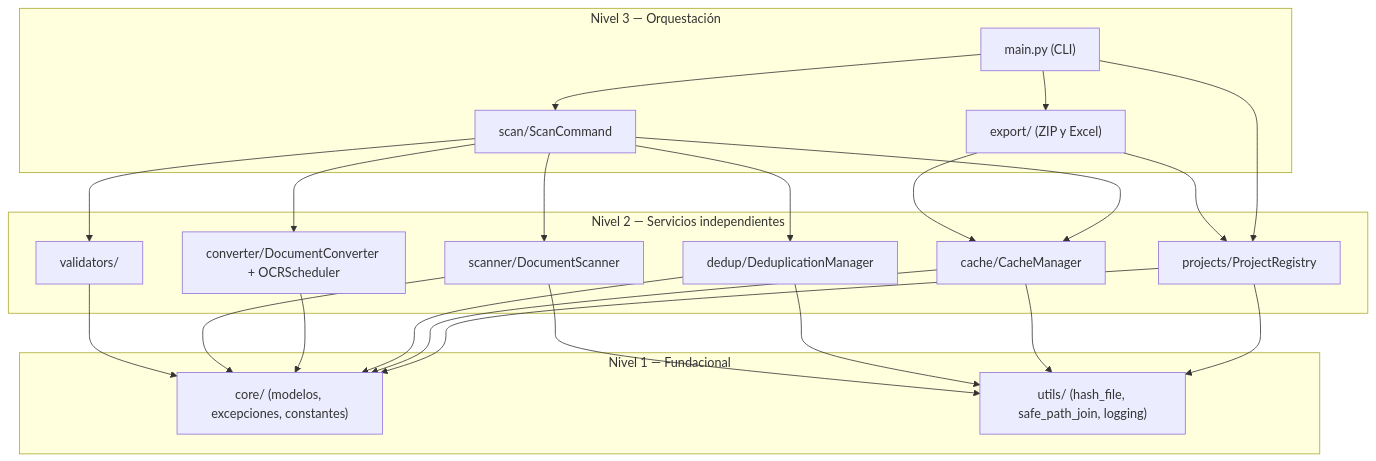
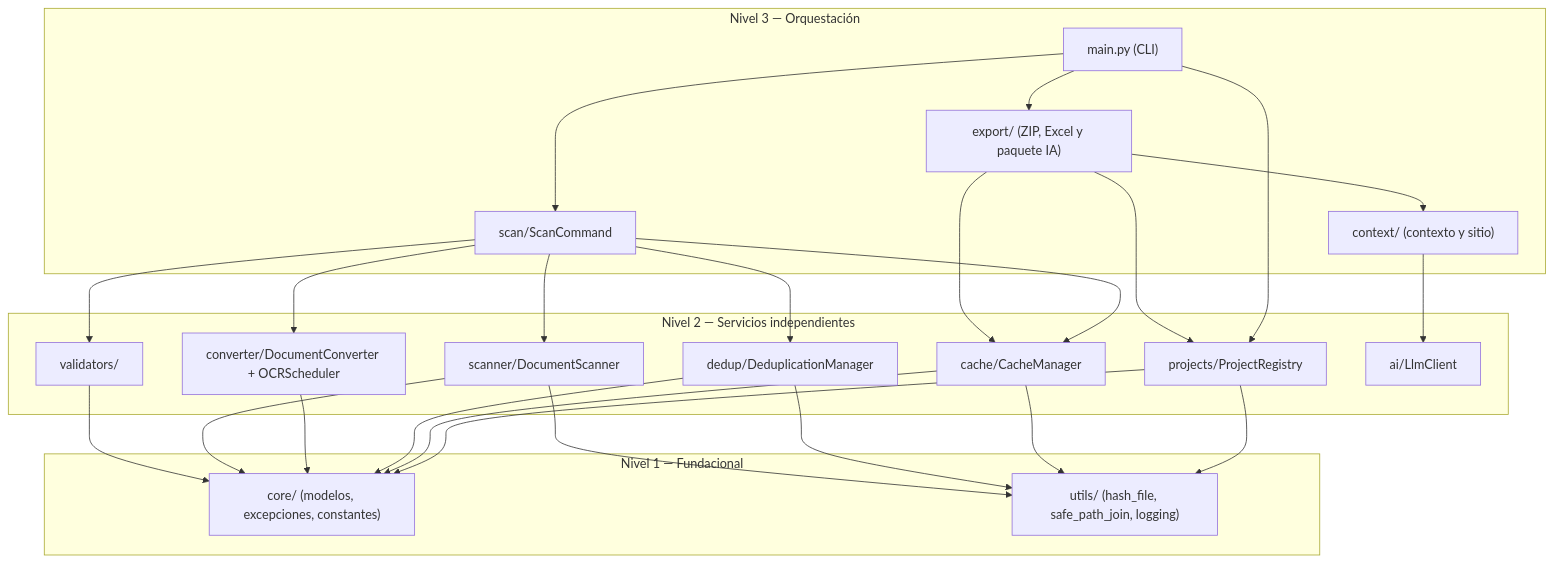
One commit to fmanza/doc_organize changed the diagram in docs/api/index.md. Above: the diagram before and after it, drawn with Mermaid. The commit also changed other lines of this file and 57 other files, not shown here.

````diff
--- a/docs/api/index.md
+++ b/docs/api/index.md
@@ -23,45 +24,49 @@
 ```mermaid
 graph TB
     subgraph L3["Nivel 3 — Orquestación"]
         CLI["main.py (CLI)"]
         ScanCmd["scan/ScanCommand"]
-        Export["export/ (ZIP y Excel)"]
+        Ctx["context/ (contexto y sitio)"]
+        Export["export/ (ZIP, Excel y paquete IA)"]
     end
 
     subgraph L2["Nivel 2 — Servicios independientes"]
         Validators["validators/"]
         Scanner["scanner/DocumentScanner"]
         Converter["converter/DocumentConverter + OCRScheduler"]
         Dedup["dedup/DeduplicationManager"]
         Cache["cache/CacheManager"]
         Projects["projects/ProjectRegistry"]
+        AI["ai/LlmClient"]
     end
 
     subgraph L1["Nivel 1 — Fundacional"]
         Core["core/ (modelos, excepciones, constantes)"]
         Utils["utils/ (hash_file, safe_path_join, logging)"]
     end
 
     CLI --> ScanCmd
     CLI --> Export
     Export --> Cache
     Export --> Projects
     CLI --> Projects
+    Ctx --> AI
+    Export --> Ctx
 
     ScanCmd --> Validators
     ScanCmd --> Scanner
     ScanCmd --> Converter
     ScanCmd --> Dedup
     ScanCmd --> Cache
 
     Validators --> Core
     Scanner --> Utils
     Scanner --> Core
     Converter --> Core
     Dedup --> Utils
     Dedup --> Core
     Cache --> Utils
     Cache --> Core
     Projects --> Utils
     Projects --> Core
 ```
````
